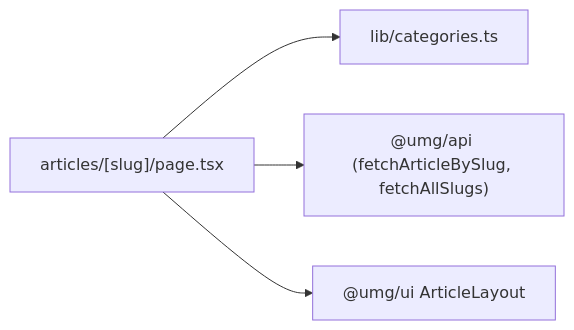
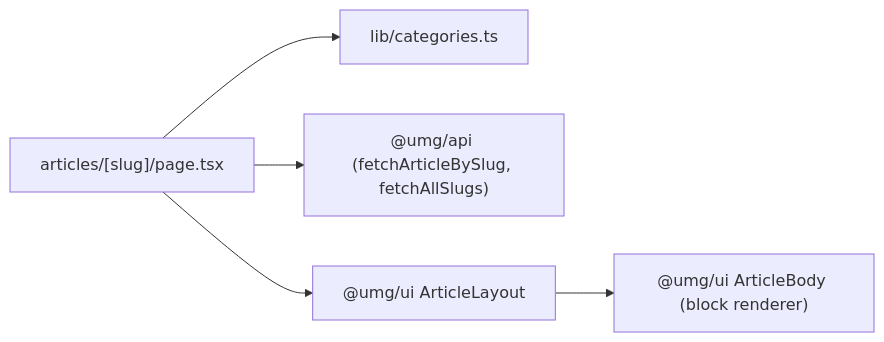
Before and after one commit to huuaho/umg-headless: the diagram in docs/codebase/apps/echo-media/app/articles/[slug]/README.md, drawn with Mermaid. The commit also changed other lines of this file and 21 other files, not shown here.

````diff
--- a/docs/codebase/apps/echo-media/app/articles/[slug]/README.md
+++ b/docs/codebase/apps/echo-media/app/articles/[slug]/README.md
@@ -11,6 +11,7 @@
 ```mermaid
 graph LR
   articlePage["articles/[slug]/page.tsx"] --> categories["lib/categories.ts"]
   articlePage --> umgApi["@umg/api (fetchArticleBySlug, fetchAllSlugs)"]
   articlePage --> articleLayout["@umg/ui ArticleLayout"]
+  articleLayout --> articleBody["@umg/ui ArticleBody (block renderer)"]
 ```
````
